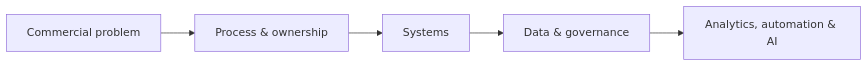
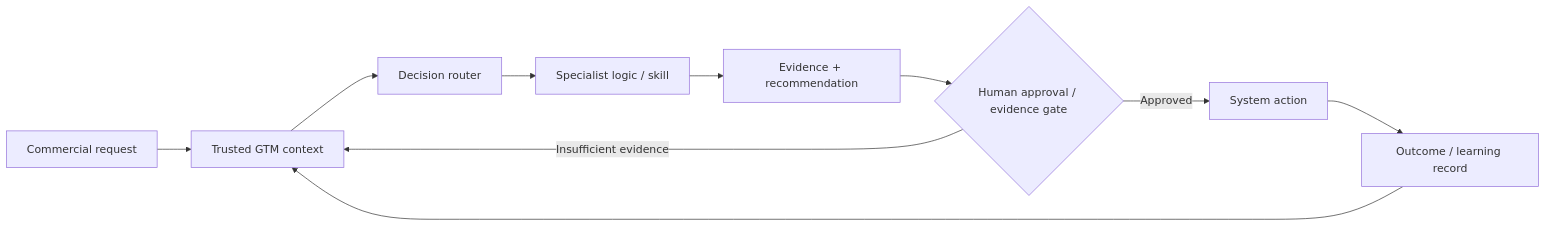
Before and after one commit to christopher-swarup-labs/portfolio-index: the diagram in README.md, drawn with Mermaid. The commit also changed other lines of this file, not shown here.

Commit message:
Upgrade portfolio for senior RevOps MOPS and AI GTM roles

````diff
--- a/README.md
+++ b/README.md
@@ -63,7 +61,12 @@
 ```mermaid
 flowchart LR
-    A[Commercial problem] --> B[Process & ownership]
-    B --> C[Systems]
-    C --> D[Data & governance]
-    D --> E[Analytics, automation & AI]
+    A[Commercial request] --> B[Trusted GTM context]
+    B --> C[Decision router]
+    C --> D[Specialist logic / skill]
+    D --> E[Evidence + recommendation]
+    E --> F{Human approval / evidence gate}
+    F -->|Approved| G[System action]
+    F -->|Insufficient evidence| B
+    G --> H[Outcome / learning record]
+    H --> B
 ```
````
